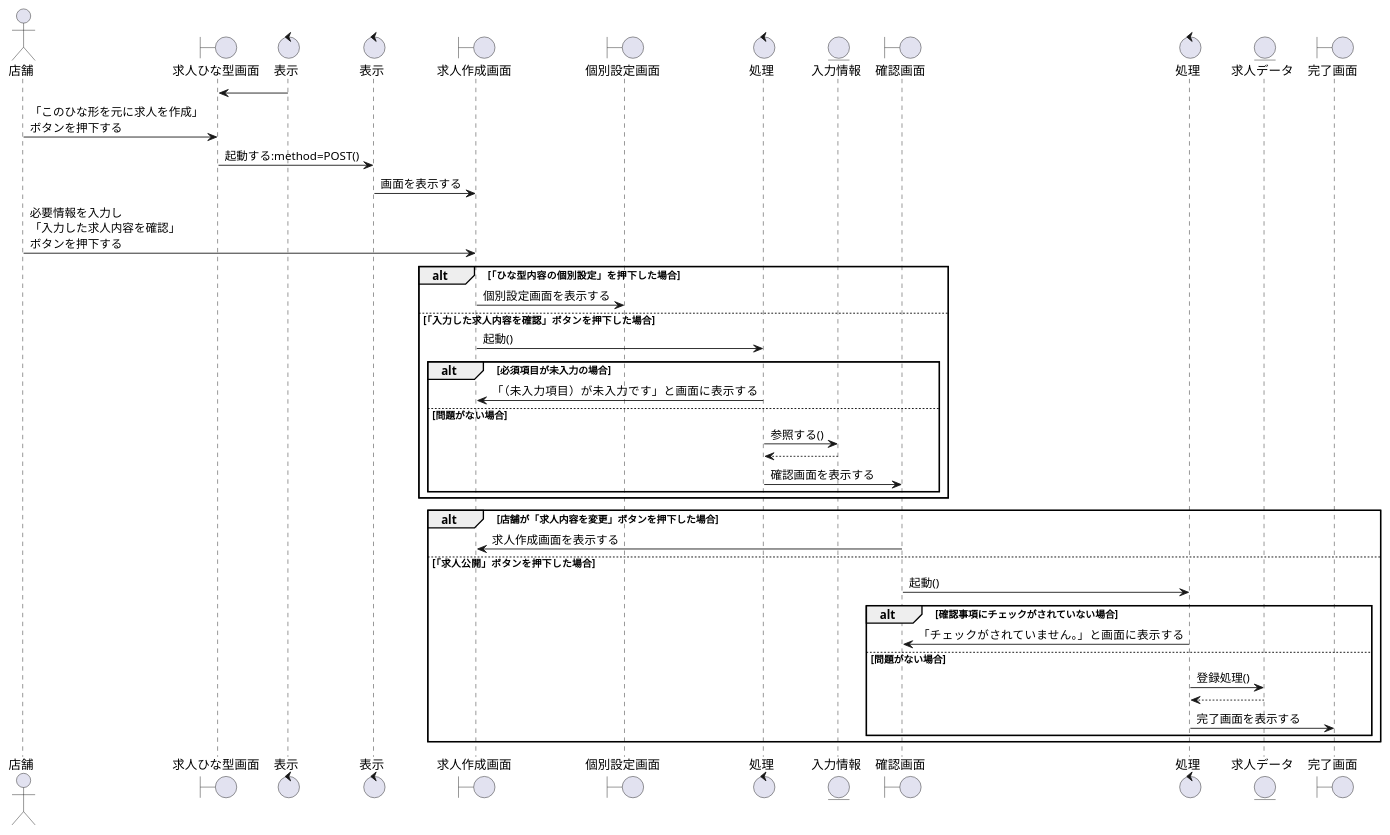
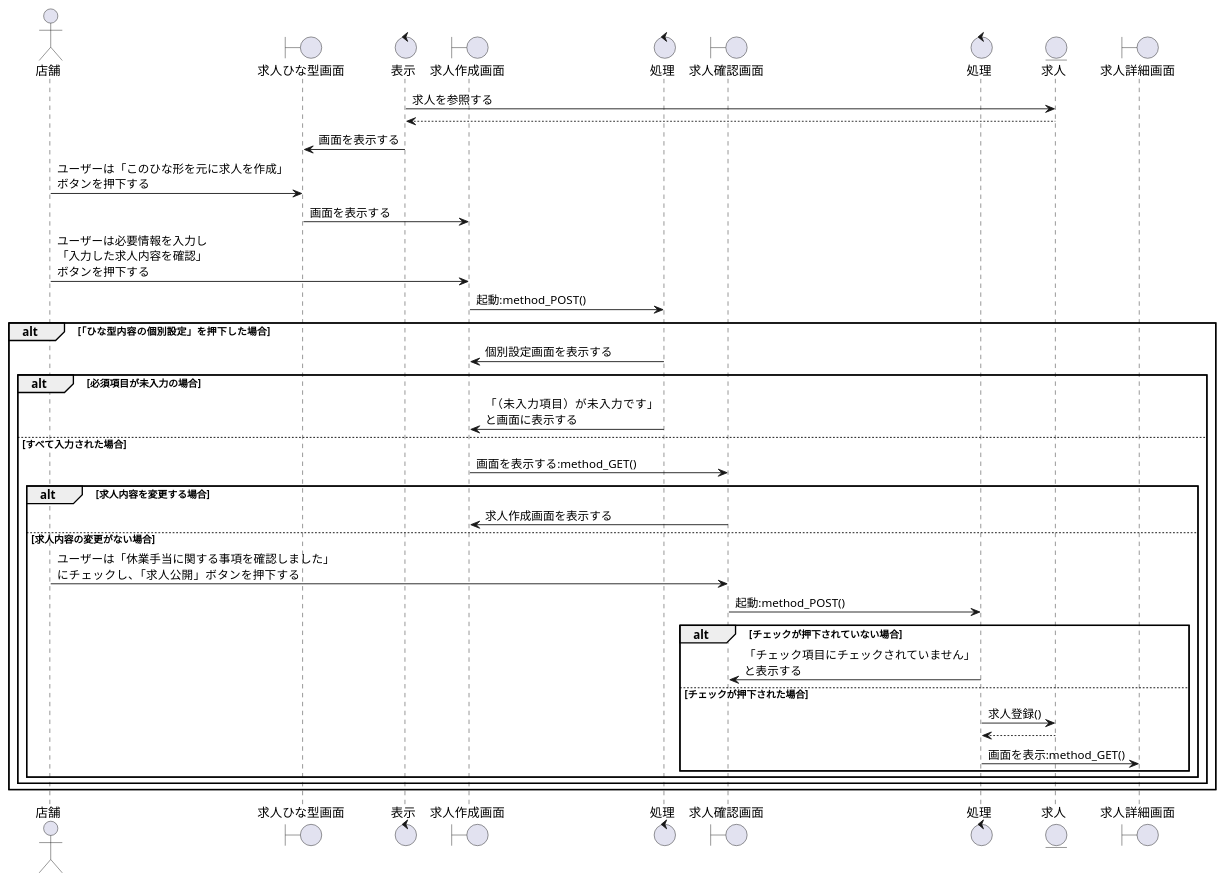
One commit to irukacb256/high_Me changed the diagram in sequence_fig/8_storeside_fn/01_求人の掲載をする.pu. Above: the diagram before and after it, drawn with PlantUML. The commit also changed 3 other files, not shown here.

```diff
--- a/sequence_fig/8_storeside_fn/01_求人の掲載をする.pu
+++ b/sequence_fig/8_storeside_fn/01_求人の掲載をする.pu
@@ -1,53 +1,51 @@
 @startuml 求人の掲載をする
 
 actor 店舗 as cp1
 boundary 求人ひな型画面 as b1
 control 表示 as co1
-control 表示 as co2
 boundary 求人作成画面 as b2
-boundary 個別設定画面 as b3
+control 処理 as co2
+boundary 求人確認画面 as b3
 control 処理 as co3
-entity 入力情報 as en1
-boundary 確認画面 as b4
-control 処理 as co4
-entity 求人データ as en2
-boundary 完了画面 as b5
 
-b1   <- co1
-cp1  -> b1 :「このひな形を元に求人を作成」\nボタンを押下する
-b1   -> co2 :起動する:method=POST()
-b2   <- co2 :画面を表示する
-cp1  -> b2 :必要情報を入力し\n「入力した求人内容を確認」\nボタンを押下する
+entity 求人 as en2
+boundary 求人詳細画面 as b5
+
+co1 -> en2 : 求人を参照する
+co1 <-- en2 
+b1   <- co1 : 画面を表示する
+cp1  -> b1 : ユーザーは「このひな形を元に求人を作成」\nボタンを押下する
+b1   -> b2 : 画面を表示する
+cp1  -> b2 :ユーザーは必要情報を入力し\n「入力した求人内容を確認」\nボタンを押下する
+b2 -> co2 : 起動:method_POST()
 
 alt 「ひな型内容の個別設定」を押下した場合
-b2 -> b3 :個別設定画面を表示する
-else 「入力した求人内容を確認」ボタンを押下した場合
-b2   -> co3 :起動()
+    co2 -> b2 :個別設定画面を表示する
 
     alt 必須項目が未入力の場合
-    b2  <- co3 :「（未入力項目）が未入力です」と画面に表示する
-    else 問題がない場合
-    co3  -> en1 :参照する()
-    co3 <-- en1
-    co3 -> b4 :確認画面を表示する
+        b2  <- co2 :「（未入力項目）が未入力です」\nと画面に表示する
+
+    else すべて入力された場合
+        b2 -> b3 : 画面を表示する:method_GET()
+
+        alt 求人内容を変更する場合
+            b3 -> b2 : 求人作成画面を表示する
+
+        else 求人内容の変更がない場合    
+            cp1 -> b3 : ユーザーは「休業手当に関する事項を確認しました」\nにチェックし、「求人公開」ボタンを押下する
+            b3 -> co3 : 起動:method_POST()
+
+            alt チェックが押下されていない場合
+                co3 -> b3 : 「チェック項目にチェックされていません」\nと表示する
+
+            else チェックが押下された場合
+                co3 -> en2 : 求人登録()
+                en2 --> co3
+                co3 -> b5 : 画面を表示:method_GET()
+            end
+        end
     end
 end
 
-alt 店舗が「求人内容を変更」ボタンを押下した場合
-b2  <- b4 :求人作成画面を表示する
-
-else 「求人公開」ボタンを押下した場合
-b4  -> co4 :起動()
-
-    alt 確認事項にチェックがされていない場合
-    b4   <- co4 :「チェックがされていません。」と画面に表示する
-
-    else 問題がない場合
-    co4  -> en2 :登録処理()
-    co4 <-- en2
-    co4   -> b5  :完了画面を表示する  
-
-    end
-end
 
 @enduml
```
